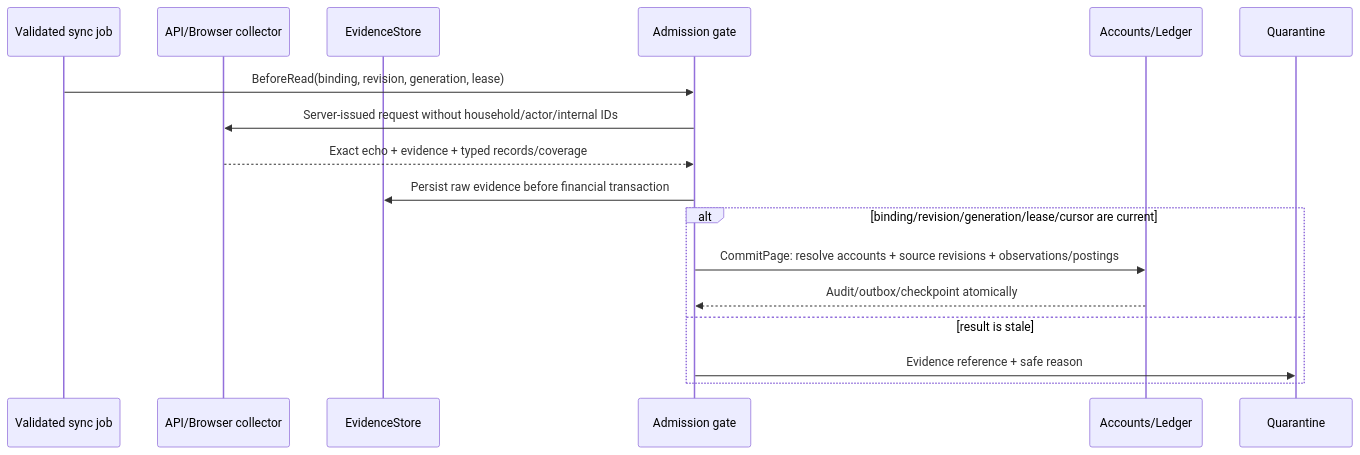
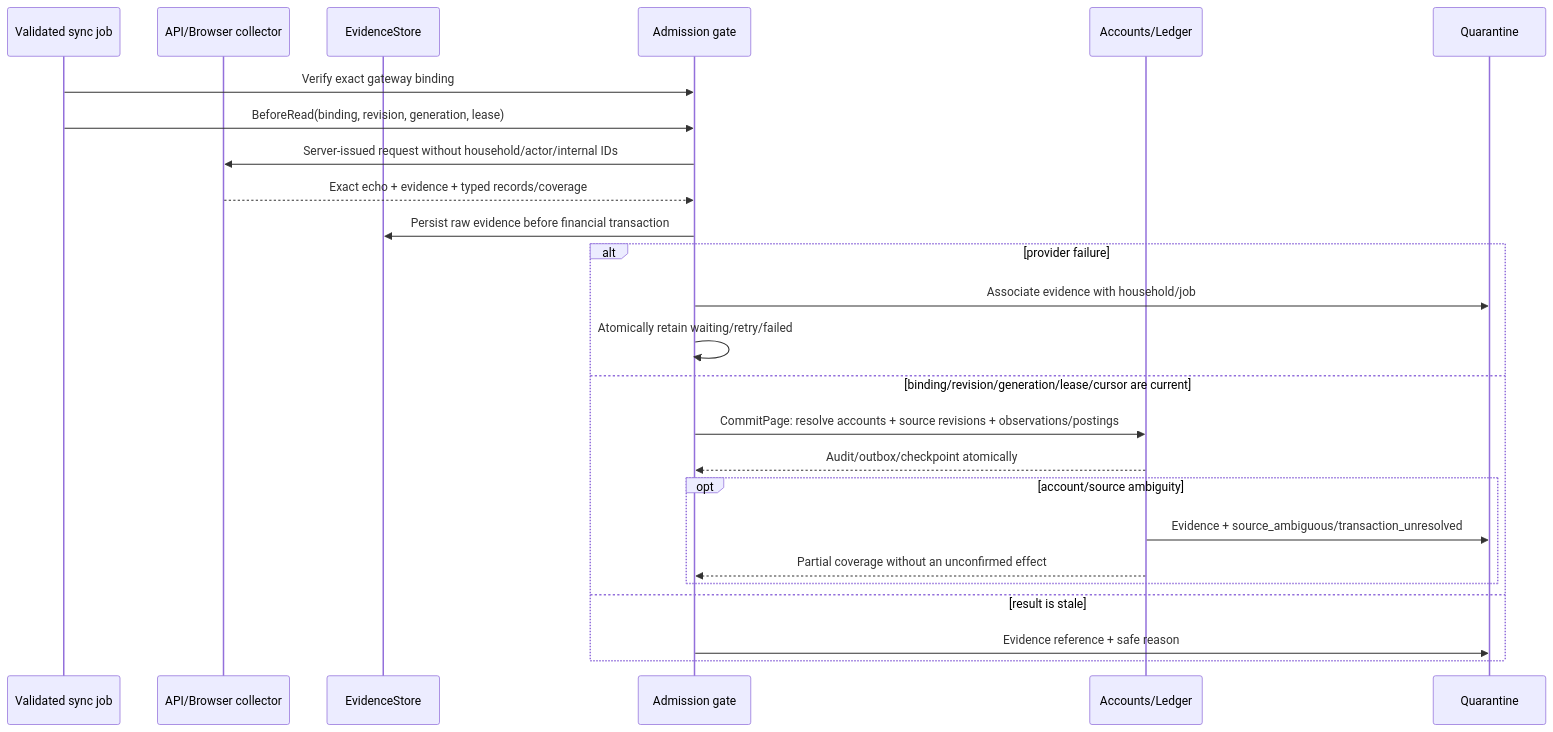
The seventh of 7 diagrams in spec/001-want-keep-mvp/flows.en.md (pchkauu/want-keep), drawn with Mermaid before and after one commit. The commit also changed other lines of this file and 25 other files, not shown here.

````diff
--- a/spec/001-want-keep-mvp/flows.en.md
+++ b/spec/001-want-keep-mvp/flows.en.md
@@ -133,19 +133,27 @@
 ```mermaid
 sequenceDiagram
   participant J as Validated sync job
   participant C as API/Browser collector
   participant E as EvidenceStore
   participant G as Admission gate
   participant A as Accounts/Ledger
   participant Q as Quarantine
+  J->>G: Verify exact gateway binding
   J->>G: BeforeRead(binding, revision, generation, lease)
   G->>C: Server-issued request without household/actor/internal IDs
   C-->>G: Exact echo + evidence + typed records/coverage
   G->>E: Persist raw evidence before financial transaction
-  alt binding/revision/generation/lease/cursor are current
+  alt provider failure
+    G->>Q: Associate evidence with household/job
+    G->>G: Atomically retain waiting/retry/failed
+  else binding/revision/generation/lease/cursor are current
     G->>A: CommitPage: resolve accounts + source revisions + observations/postings
     A-->>G: Audit/outbox/checkpoint atomically
+    opt account/source ambiguity
+      A->>Q: Evidence + source_ambiguous/transaction_unresolved
+      A-->>G: Partial coverage without an unconfirmed effect
+    end
   else result is stale
     G->>Q: Evidence reference + safe reason
   end
 ```
````
